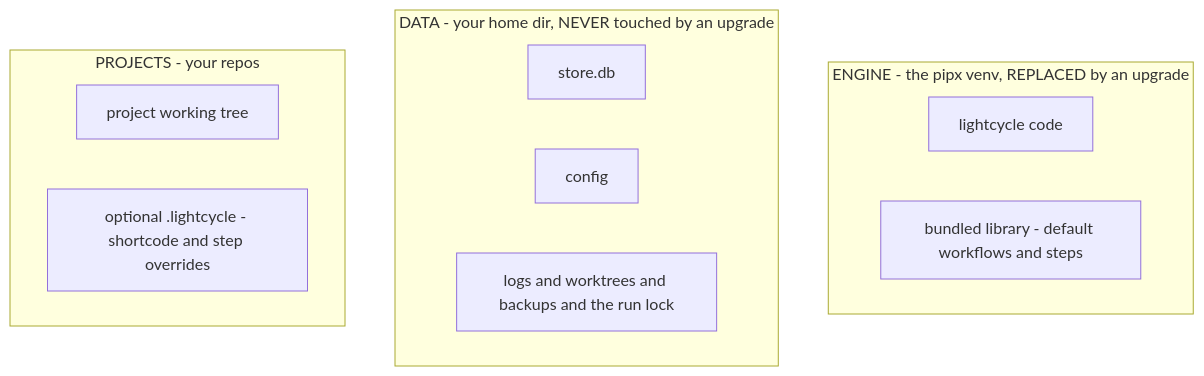
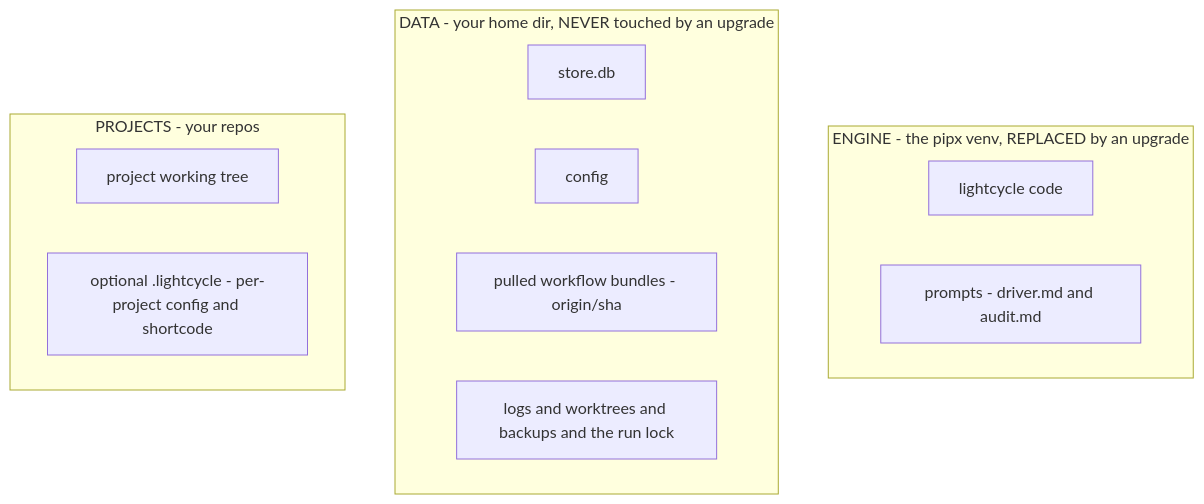
The diagram in docs/installation-and-config.md (kenmclennan/lightcycle), drawn with Mermaid before and after one commit. The commit also changed other lines of this file and 2 other files, not shown here.

First line of the commit message:
docs: refresh ontology/installation/architecture off the pre-sources model (LC-96)

````diff
--- a/docs/installation-and-config.md
+++ b/docs/installation-and-config.md
@@ -16,16 +16,17 @@
 ```mermaid
 graph TD
   subgraph engine[ENGINE - the pipx venv, REPLACED by an upgrade]
     code[lightcycle code]
-    lib[bundled library - default workflows and steps]
+    prompts[prompts - driver.md and audit.md]
   end
   subgraph data[DATA - your home dir, NEVER touched by an upgrade]
     store[store.db]
     conf[config]
+    wf[pulled workflow bundles - origin/sha]
     rest[logs and worktrees and backups and the run lock]
   end
   subgraph projects[PROJECTS - your repos]
     repo[project working tree]
-    ovr[optional .lightcycle - shortcode and step overrides]
+    cfg[optional .lightcycle - per-project config and shortcode]
   end
 ```
````
